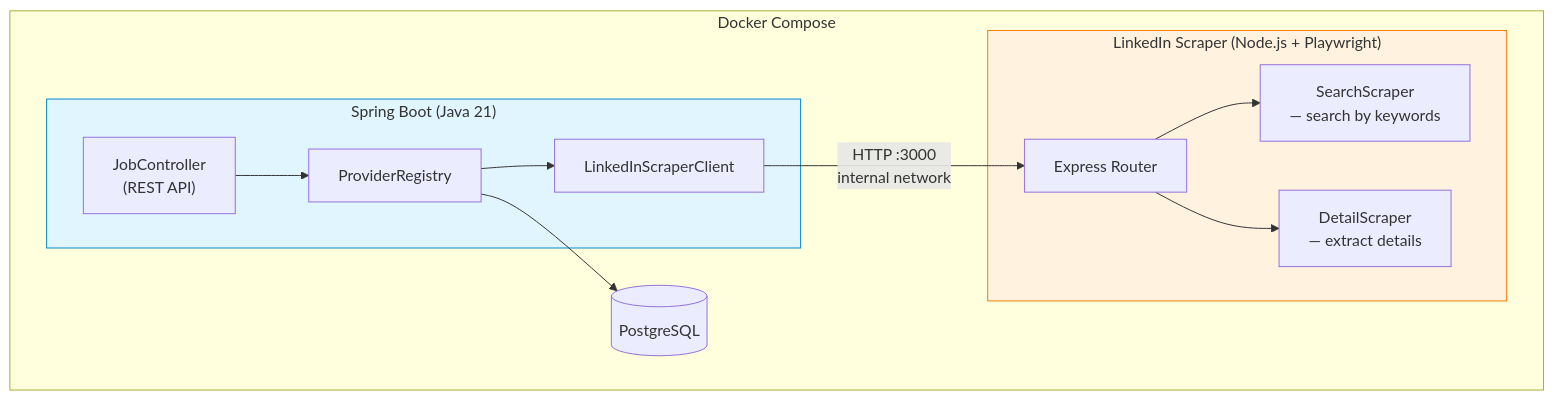
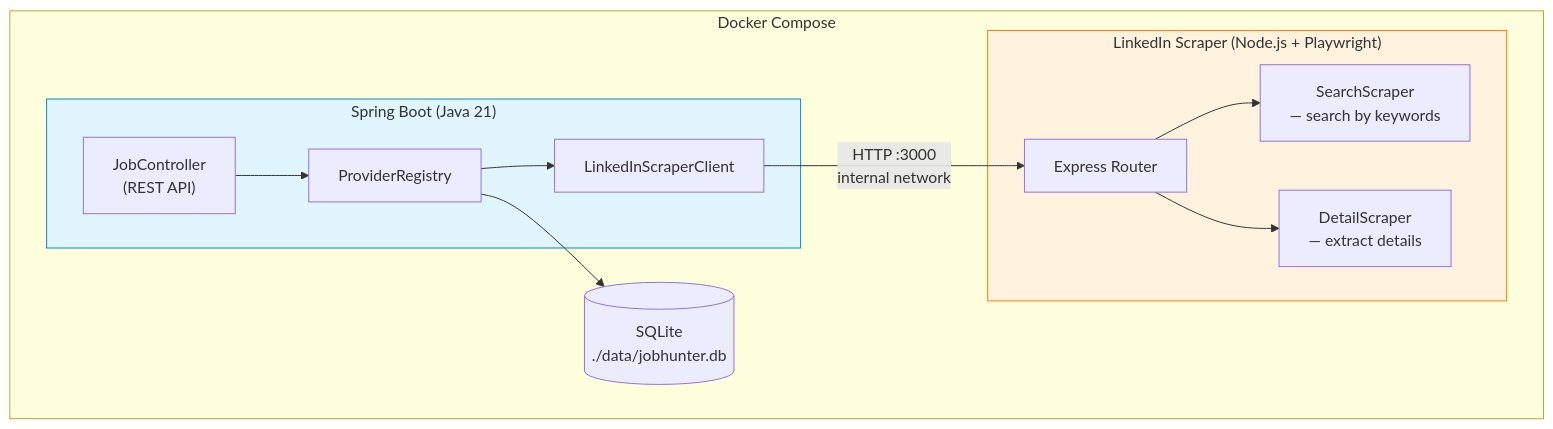
The fourth of 5 diagrams in README.md (Uzzoper/job-hunter), drawn with Mermaid before and after one commit. The commit also changed other lines of this file and 2 other files, not shown here.

Commit message:
docs: update readme and agents guide for sqlite

````diff
--- a/README.md
+++ b/README.md
@@ -240,28 +240,28 @@
 ```mermaid
 flowchart TB
     subgraph Docker["Docker Compose"]
         subgraph Backend["Spring Boot (Java 21)"]
             Controller["JobController<br/>(REST API)"]
             Registry["ProviderRegistry"]
             Client["LinkedInScraperClient"]
             Controller --> Registry
             Registry --> Client
         end
 
         subgraph Scraper["LinkedIn Scraper (Node.js + Playwright)"]
             Router["Express Router"]
             Search["SearchScraper<br/>— search by keywords"]
             Detail["DetailScraper<br/>— extract details"]
             Router --> Search
             Router --> Detail
         end
 
-        Database[("PostgreSQL")]
+        Database[("SQLite<br/>./data/jobhunter.db")]
 
         Client -->|"HTTP :3000<br/>internal network"| Router
         Registry --> Database
     end
 
     style Backend fill:#e1f5fe,stroke:#0288d1
     style Scraper fill:#fff3e0,stroke:#f57c00
 ```
````
